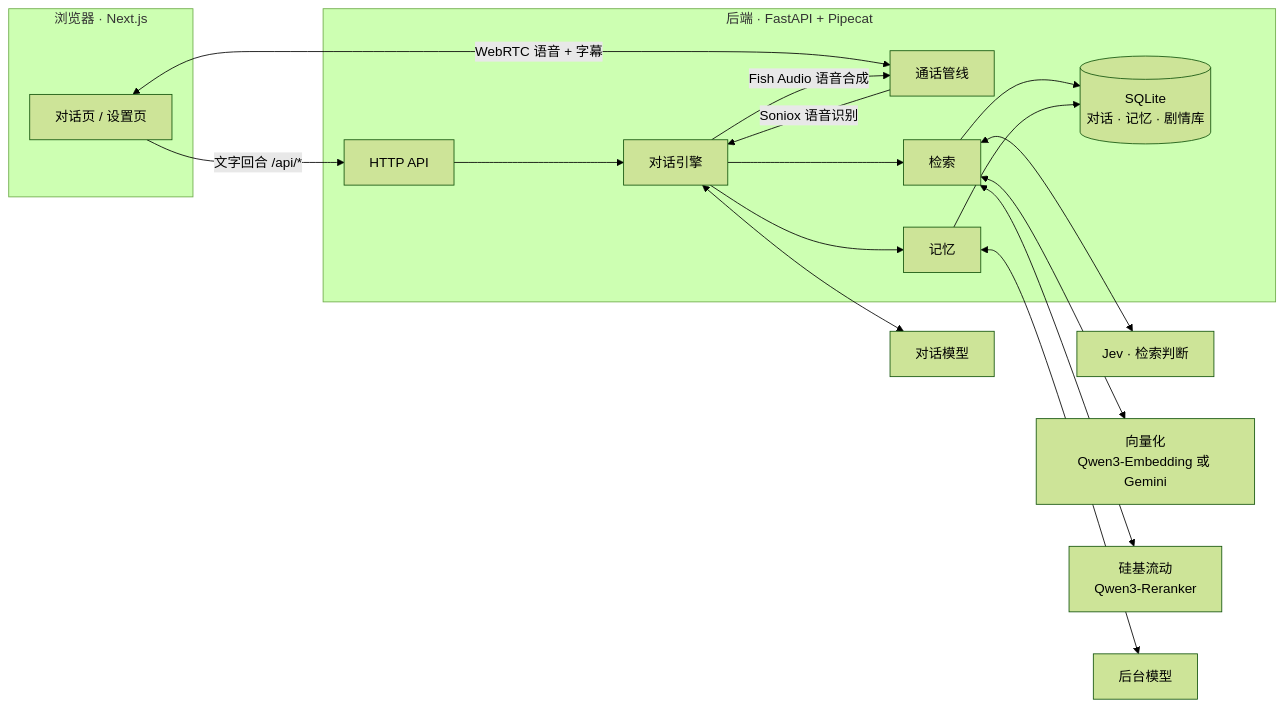
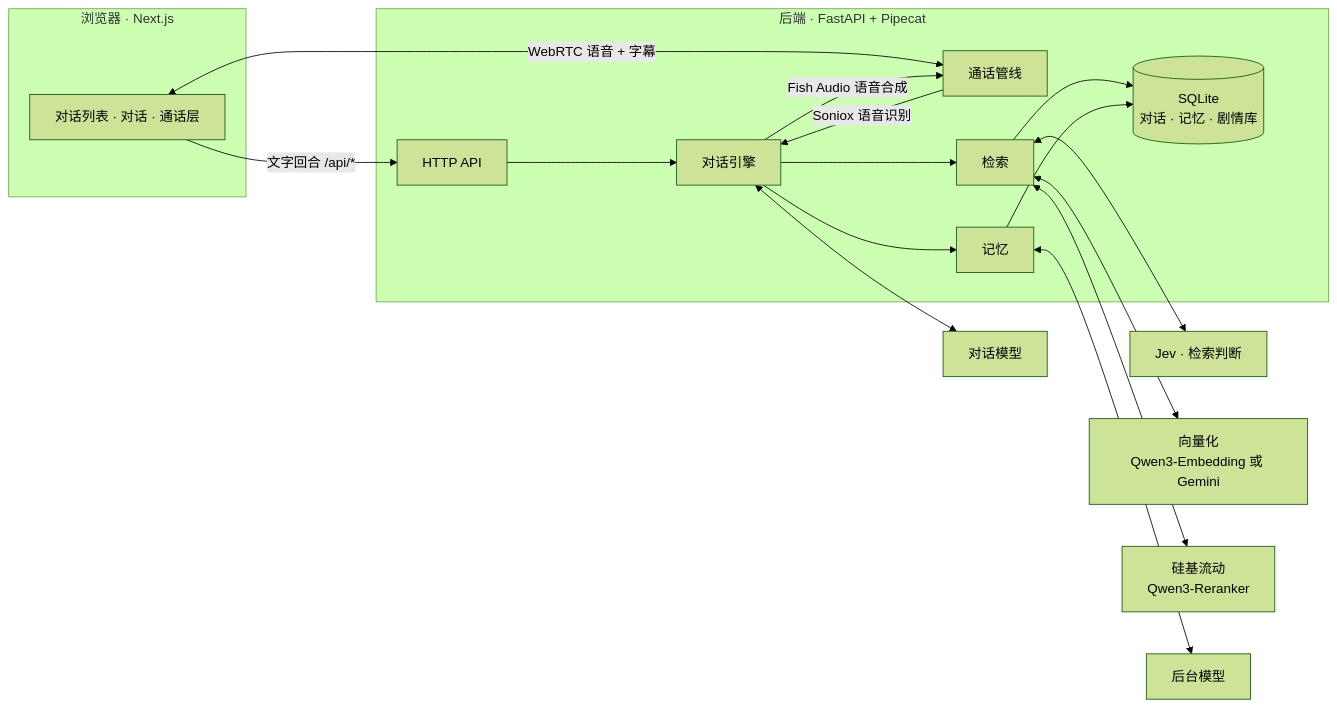
One commit to 3aKHP/idolum changed the first of 2 diagrams in README.md. Above: the diagram before and after it, drawn with Mermaid (forest theme). The commit also changed other lines of this file and 15 other files, not shown here.

Commit message:
docs: 三语 README 写明通话层、收起、麦克风静音、只看文字和切换麦克风，角色配置补上印象色和背景图；PRODUCT.md 和 DESIGN.md 按实现更新；收尾审查后，通话层展开时底下的对话不可聚焦，深色弹层边线达到 3:1，发送键换成 Lucide 图标，补上标题的 600 字重，手机页首按钮不小于 44px (frontend-redesign ticket 07)

````diff
--- a/README.md
+++ b/README.md
@@ -72,30 +72,30 @@
 ```mermaid
 flowchart LR
     subgraph Browser["浏览器 · Next.js"]
-        UI["对话页 / 设置页"]
+        UI["对话列表 · 对话 · 通话层"]
     end
 
     subgraph Backend["后端 · FastAPI + Pipecat"]
         API["HTTP API"]
         Call["通话管线"]
         Engine["对话引擎"]
         Retrieval["检索"]
         Memory["记忆"]
         DB[("SQLite<br/>对话 · 记忆 · 剧情库")]
     end
 
     UI -- "文字回合 /api/*" --> API
     UI <-- "WebRTC 语音 + 字幕" --> Call
     API --> Engine
     Call -- "Soniox 语音识别" --> Engine
     Engine -- "Fish Audio 语音合成" --> Call
     Engine --> Retrieval
     Engine --> Memory
     Retrieval --> DB
     Memory --> DB
     Engine <--> ChatLLM["对话模型"]
     Retrieval <--> Jev["Jev · 检索判断"]
     Retrieval <--> Emb["向量化<br/>Qwen3-Embedding 或 Gemini"]
     Retrieval <--> SF["硅基流动<br/>Qwen3-Reranker"]
     Memory <--> BgLLM["后台模型"]
 ```
````
